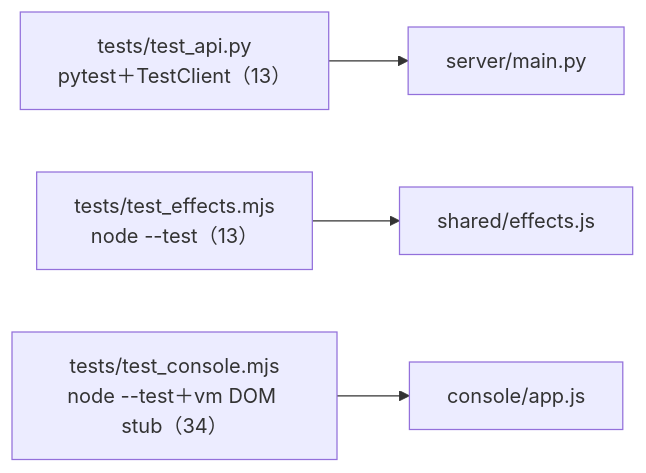
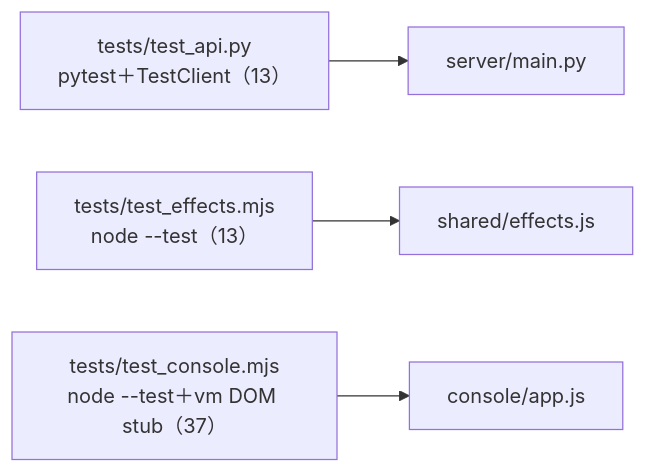
Before and after one commit to zivngit/Real-time-Interaction-html: the sixth of 6 diagrams in docs/agents/CALL_GRAPH.md, drawn with Mermaid. The commit also changed other lines of this file and 4 other files, not shown here.

````diff
--- a/docs/agents/CALL_GRAPH.md
+++ b/docs/agents/CALL_GRAPH.md
@@ -184,6 +188,6 @@
 ```mermaid
 flowchart LR
     TA["tests/test_api.py<br/>pytest＋TestClient（13）"] --> M["server/main.py"]
     TE["tests/test_effects.mjs<br/>node --test（13）"] --> S["shared/effects.js"]
-    TC["tests/test_console.mjs<br/>node --test＋vm DOM stub（34）"] --> K["console/app.js"]
+    TC["tests/test_console.mjs<br/>node --test＋vm DOM stub（37）"] --> K["console/app.js"]
 ```
````
